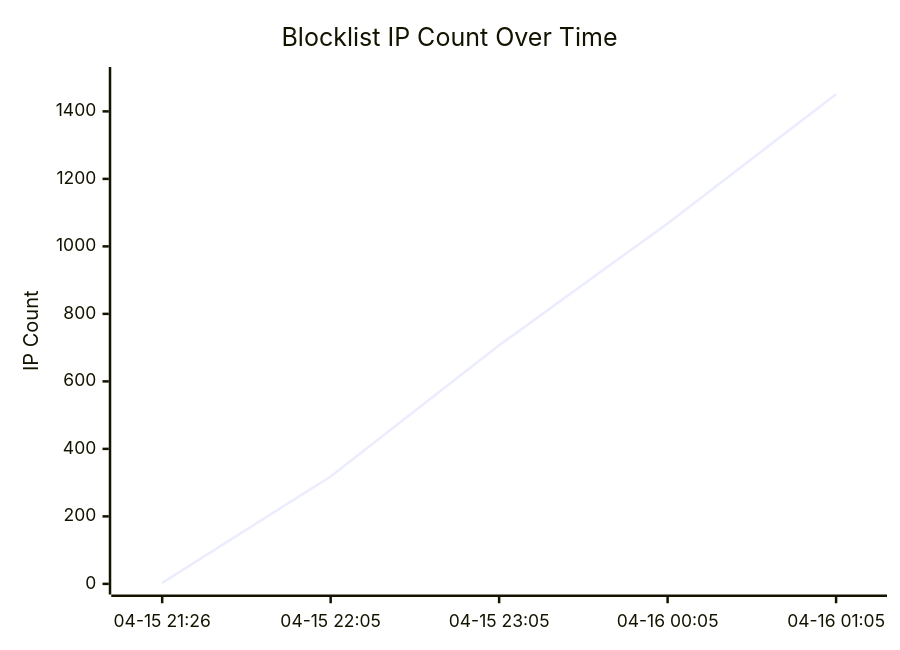
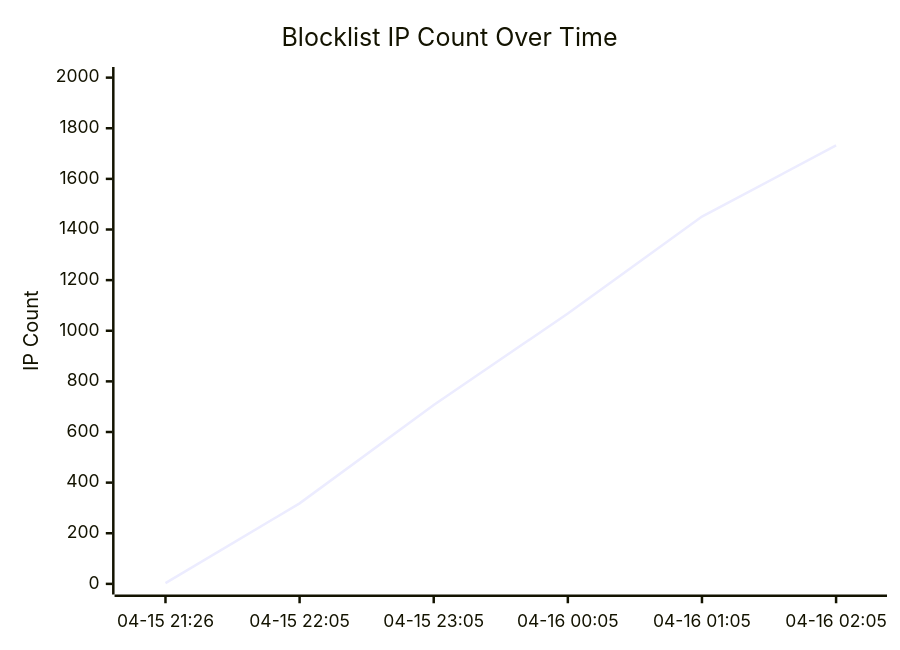
Before and after one commit to cercatrova21/blocklist: the diagram in README.md, drawn with Mermaid. The commit also changed other lines of this file and 2 other files, not shown here.

Commit message:
Update blocklist – 2026-04-16 02:05

````diff
--- a/README.md
+++ b/README.md
@@ -115,7 +115,7 @@
 ```mermaid
 xychart-beta
     title "Blocklist IP Count Over Time"
-    x-axis ["04-15 21:26", "04-15 22:05", "04-15 23:05", "04-16 00:05", "04-16 01:05"]
-    y-axis "IP Count" 0 --> 1500
-    line [3, 318, 707, 1068, 1451]
+    x-axis ["04-15 21:26", "04-15 22:05", "04-15 23:05", "04-16 00:05", "04-16 01:05", "04-16 02:05"]
+    y-axis "IP Count" 0 --> 2000
+    line [3, 318, 707, 1068, 1451, 1732]
 ```
````
